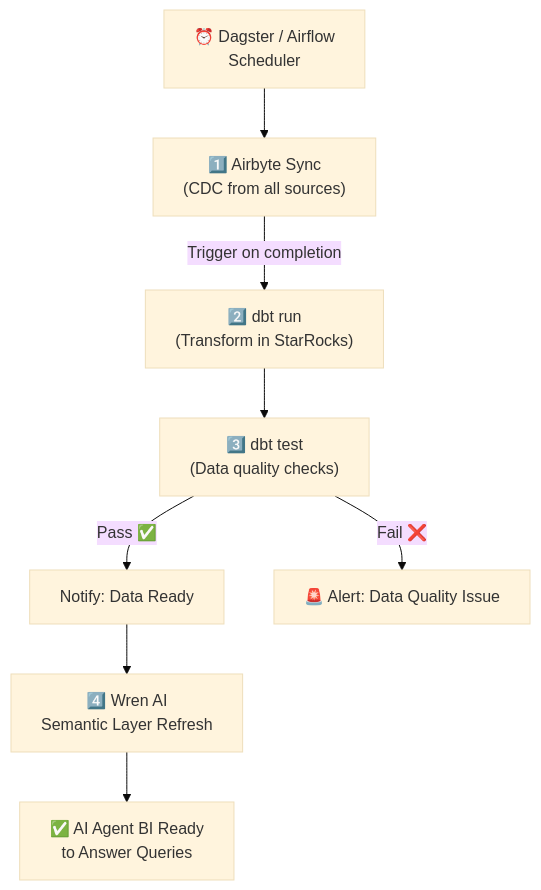
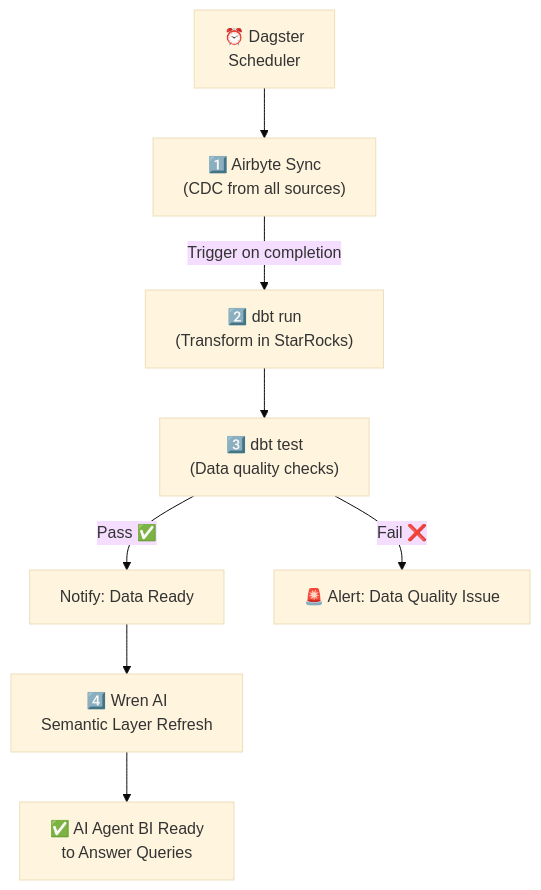
One commit to vanductai/research changed the tenth of 38 diagrams in bi/bi-research.md. Above: the diagram before and after it, drawn with Mermaid (base theme). The commit also changed other lines of this file and 3 other files, not shown here.

Commit message:
docs: update BI research documentation with MDL management strategies, data reconciliation workflows, and architecture refinements.

````diff
--- a/bi/bi-research.md
+++ b/bi/bi-research.md
@@ -1205,10 +1228,10 @@
 ```mermaid
 graph TD
-    SCHEDULE["⏰ Dagster / Airflow<br/>Scheduler"] --> SYNC["1️⃣ Airbyte Sync<br/>(CDC from all sources)"]
+    SCHEDULE["⏰ Dagster<br/>Scheduler"] --> SYNC["1️⃣ Airbyte Sync<br/>(CDC from all sources)"]
     SYNC --> |"Trigger on completion"| DBT_RUN["2️⃣ dbt run<br/>(Transform in StarRocks)"]
     DBT_RUN --> DBT_TEST["3️⃣ dbt test<br/>(Data quality checks)"]
     DBT_TEST --> |"Pass ✅"| NOTIFY_OK["Notify: Data Ready"]
     DBT_TEST --> |"Fail ❌"| ALERT["🚨 Alert: Data Quality Issue"]
     NOTIFY_OK --> WREN["4️⃣ Wren AI<br/>Semantic Layer Refresh"]
     WREN --> READY["✅ AI Agent BI Ready<br/>to Answer Queries"]
 ```
````
